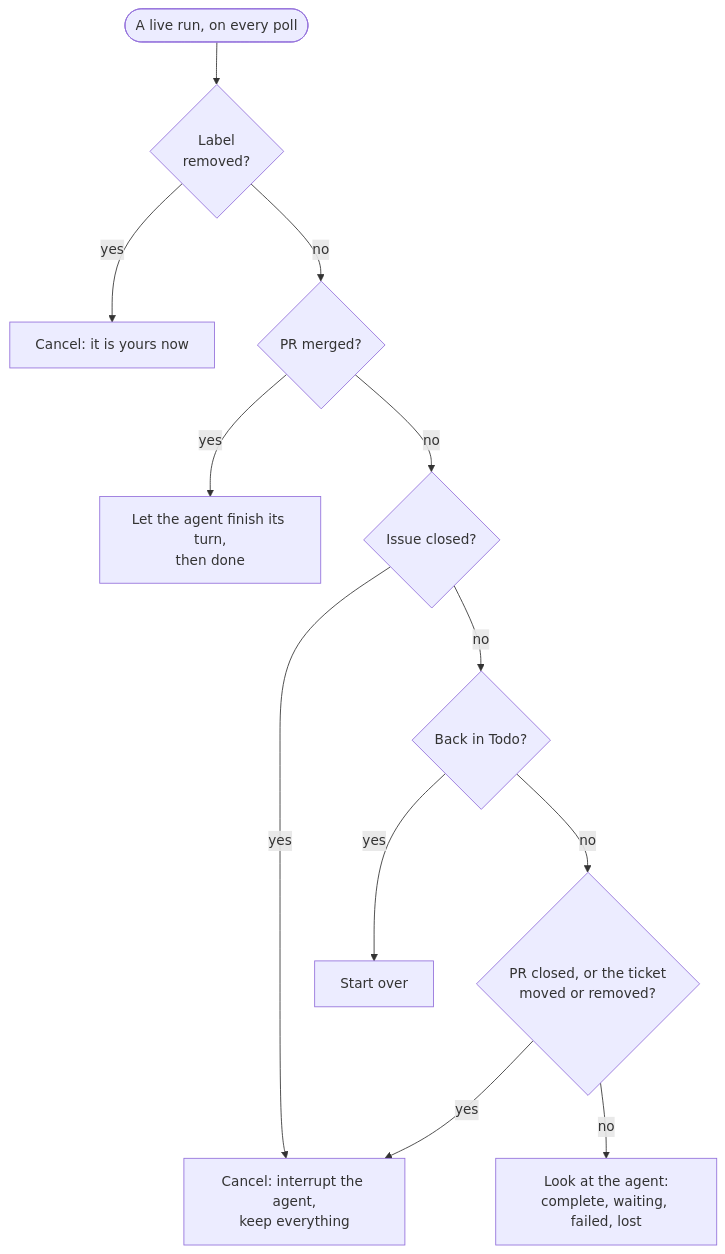
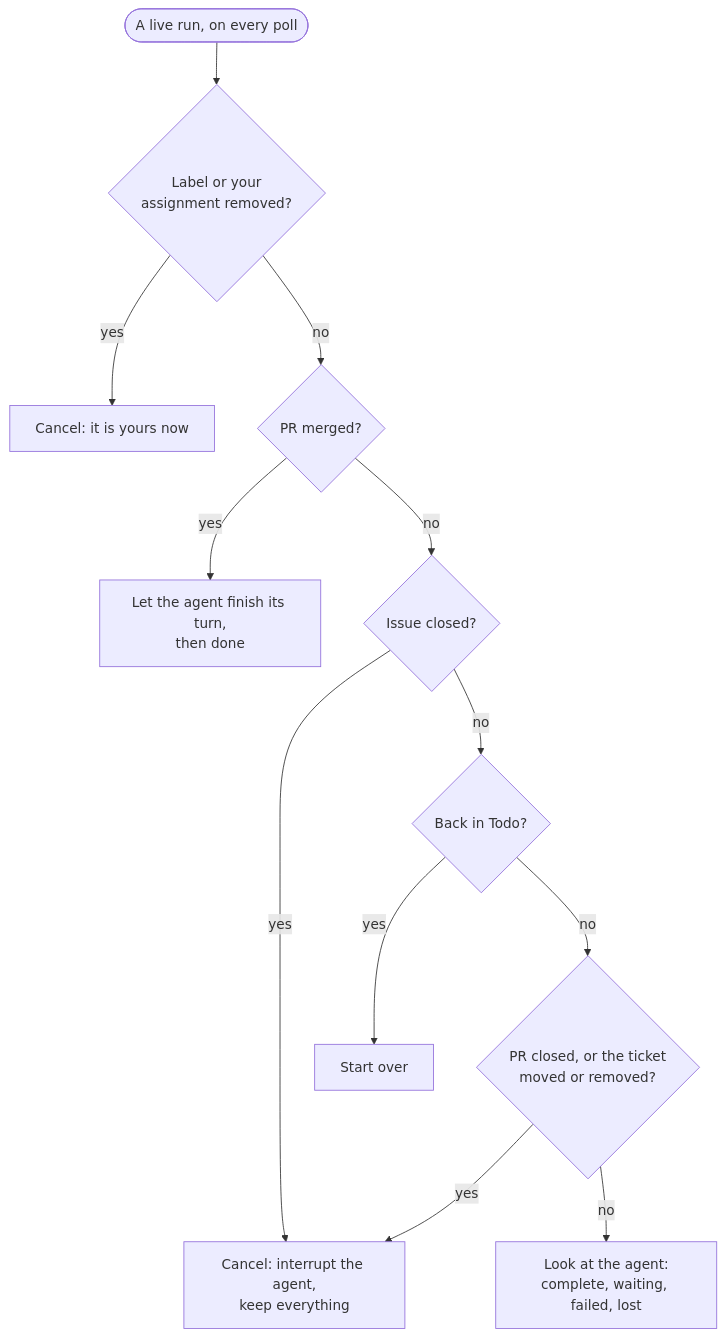
Before and after one commit to lacuna-core/nightshift: the sixth of 9 diagrams in docs/design.md, drawn with Mermaid. The commit also changed other lines of this file and 27 other files, not shown here.

````diff
--- a/docs/design.md
+++ b/docs/design.md
@@ -232,14 +232,14 @@
 ```mermaid
 flowchart TB
-    live(["A live run, on every poll"]) --> label{"Label<br/>removed?"}
+    live(["A live run, on every poll"]) --> label{"Label or your<br/>assignment removed?"}
     label -->|yes| yours["Cancel: it is yours now"]
     label -->|no| merged{"PR merged?"}
     merged -->|yes| finish["Let the agent finish its turn,<br/>then done"]
     merged -->|no| closed{"Issue closed?"}
     closed -->|yes| cancel["Cancel: interrupt the agent,<br/>keep everything"]
     closed -->|no| todo{"Back in Todo?"}
     todo -->|yes| again["Start over"]
     todo -->|no| other{"PR closed, or the ticket<br/>moved or removed?"}
     other -->|yes| cancel
     other -->|no| look["Look at the agent:<br/>complete, waiting, failed, lost"]
 ```
````
